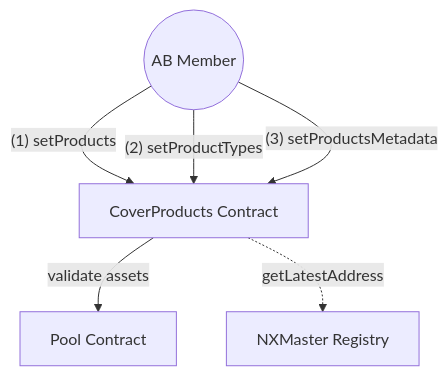
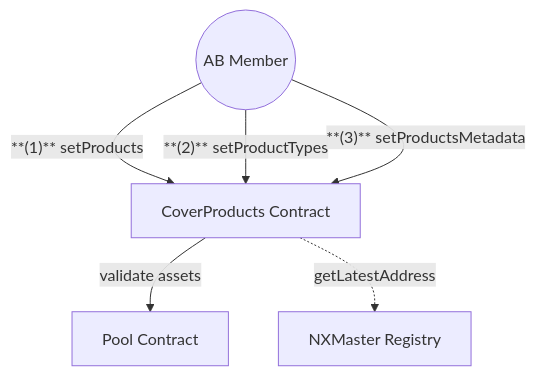
Before and after one commit to NexusMutual/smart-contracts: the second of 2 diagrams in docs/diagrams/contracts/cover.md, drawn with Mermaid. The commit also changed other lines of this file and 9 other files, not shown here.

Commit message:
docs: update diagrams docs

````diff
--- a/docs/diagrams/contracts/cover.md
+++ b/docs/diagrams/contracts/cover.md
@@ -32,19 +32,19 @@
 ```mermaid
 graph TD
     %% Users
     ABMember(("AB Member"))
 
     %% Contracts
     CoverProducts["CoverProducts Contract"]
     NXMaster["NXMaster Registry"]
     Pool["Pool Contract"]
 
     %% AB Member interactions
-    ABMember -->|"(1) setProducts"| CoverProducts
-    ABMember -->|"(2) setProductTypes"| CoverProducts
-    ABMember -->|"(3) setProductsMetadata"| CoverProducts
+    ABMember -->|"**(1)** setProducts"| CoverProducts
+    ABMember -->|"**(2)** setProductTypes"| CoverProducts
+    ABMember -->|"**(3)** setProductsMetadata"| CoverProducts
 
     %% Internal validations
     CoverProducts -->|"validate assets"| Pool
     CoverProducts -.->|"getLatestAddress"| NXMaster
 ```
````
